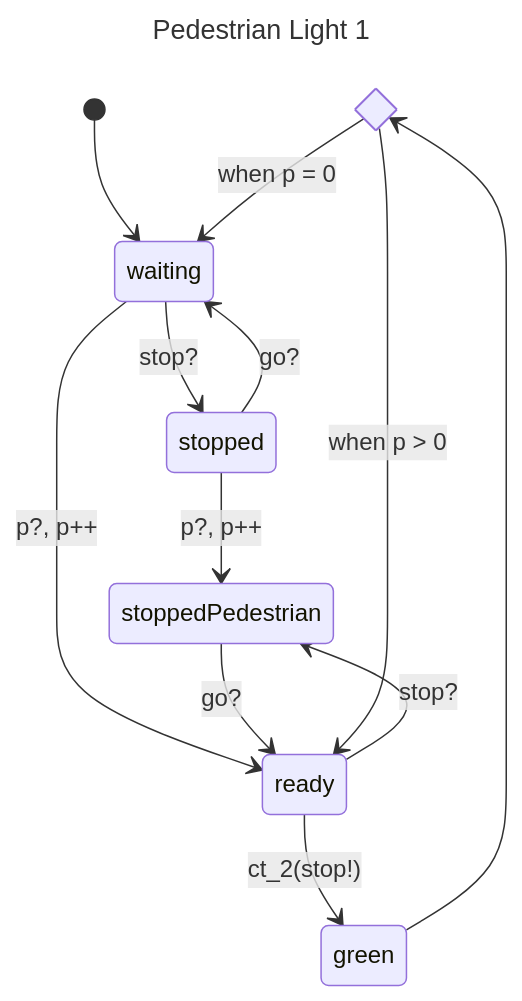
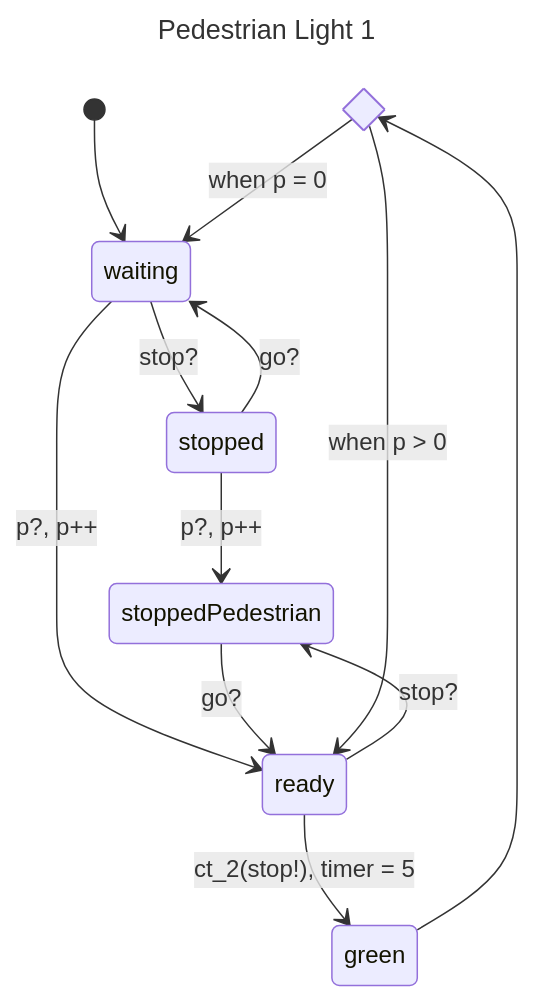
The second of 2 diagrams in COMP3153/System Model - Vinayak Fialok.md (VinayakFia/Obsidian), drawn with Mermaid before and after one commit. The commit also changed other lines of this file, not shown here.

Commit message:
vault backup: 2024-09-20 12:57:14

````diff
--- a/COMP3153/System Model - Vinayak Fialok.md
+++ b/COMP3153/System Model - Vinayak Fialok.md
@@ -66,19 +66,19 @@
 ```mermaid
 ---
 title: Pedestrian Light 1
 ---
 stateDiagram-v2
 	state after_green <<choice>>
 
 	[*] --> waiting
 	waiting --> stopped : stop?
 	stopped --> stoppedPedestrian : p?, p++
 	stopped --> waiting : go?
 	waiting --> ready : p?, p++
 	stoppedPedestrian --> ready : go?
 	ready --> stoppedPedestrian : stop?
-	ready --> green : ct_2(stop!)
+	ready --> green : ct_2(stop!), timer = 5
 	green --> after_green
 	after_green --> waiting : when p = 0
 	after_green --> ready : when p > 0
 ```
````
